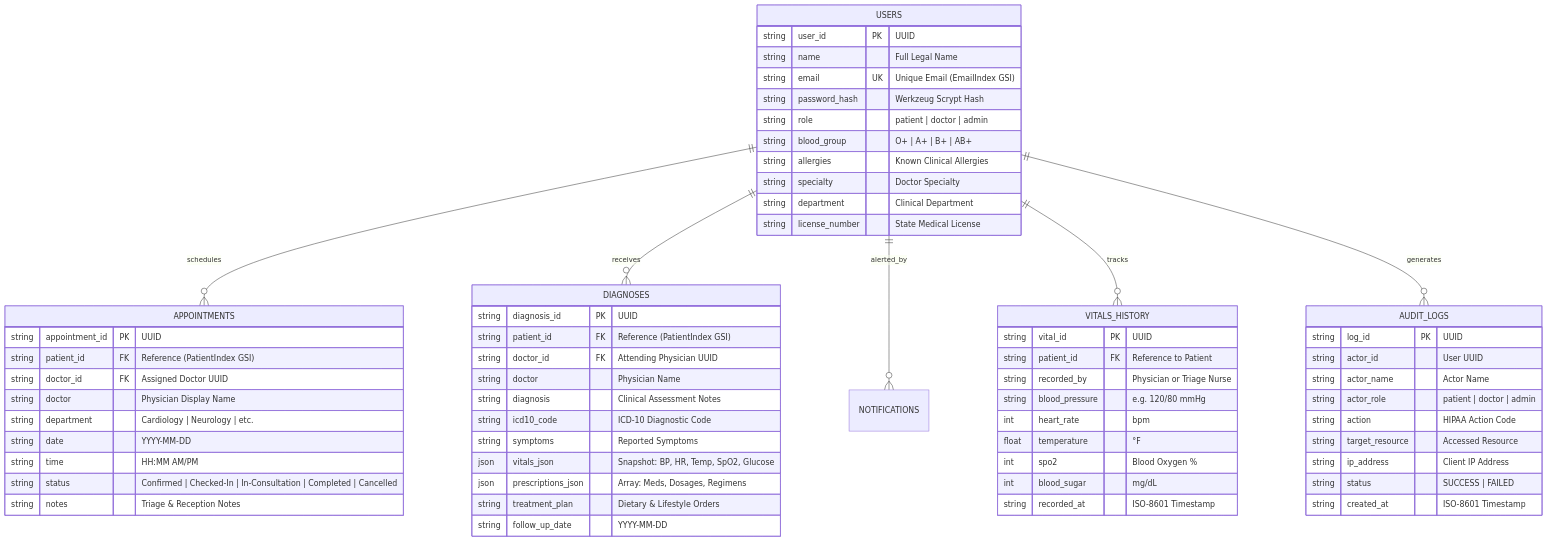
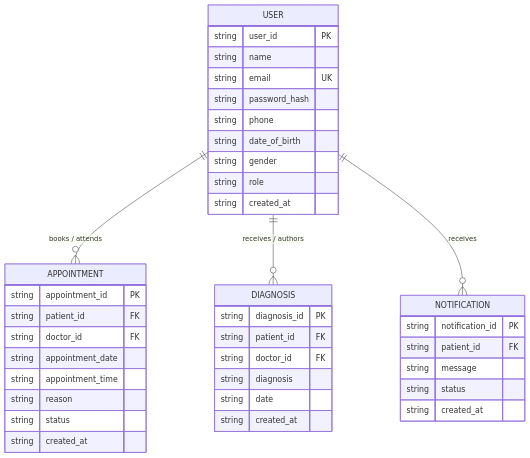
The diagram in README.md (JohnsenAbraham/MedTrack), drawn with Mermaid before and after one commit. The commit also changed other lines of this file and 35 other files, not shown here.

````diff
--- a/README.md
+++ b/README.md
@@ -133,71 +128,46 @@
 ```mermaid
 erDiagram
-    USERS ||--o{ APPOINTMENTS : schedules
-    USERS ||--o{ DIAGNOSES : receives
-    USERS ||--o{ NOTIFICATIONS : alerted_by
-    USERS ||--o{ VITALS_HISTORY : tracks
-    USERS ||--o{ AUDIT_LOGS : generates
+    USER ||--o{ APPOINTMENT : "books / attends"
+    USER ||--o{ DIAGNOSIS : "receives / authors"
+    USER ||--o{ NOTIFICATION : "receives"
 
-    USERS {
-        string user_id PK "UUID"
-        string name "Full Legal Name"
-        string email UK "Unique Email (EmailIndex GSI)"
-        string password_hash "Werkzeug Scrypt Hash"
-        string role "patient | doctor | admin"
-        string blood_group "O+ | A+ | B+ | AB+"
-        string allergies "Known Clinical Allergies"
-        string specialty "Doctor Specialty"
-        string department "Clinical Department"
-        string license_number "State Medical License"
+    USER {
+        string user_id PK
+        string name
+        string email UK
+        string password_hash
+        string phone
+        string date_of_birth
+        string gender
+        string role
+        string created_at
     }
 
-    APPOINTMENTS {
-        string appointment_id PK "UUID"
-        string patient_id FK "Reference (PatientIndex GSI)"
-        string doctor_id FK "Assigned Doctor UUID"
-        string doctor "Physician Display Name"
-        string department "Cardiology | Neurology | etc."
-        string date "YYYY-MM-DD"
-        string time "HH:MM AM/PM"
-        string status "Confirmed | Checked-In | In-Consultation | Completed | Cancelled"
-        string notes "Triage & Reception Notes"
+    APPOINTMENT {
+        string appointment_id PK
+        string patient_id FK
+        string doctor_id FK
+        string appointment_date
+        string appointment_time
+        string reason
+        string status
+        string created_at
     }
 
-    DIAGNOSES {
-        string diagnosis_id PK "UUID"
-        string patient_id FK "Reference (PatientIndex GSI)"
-        string doctor_id FK "Attending Physician UUID"
-        string doctor "Physician Name"
-        string diagnosis "Clinical Assessment Notes"
-        string icd10_code "ICD-10 Diagnostic Code"
-        string symptoms "Reported Symptoms"
-        json vitals_json "Snapshot: BP, HR, Temp, SpO2, Glucose"
-        json prescriptions_json "Array: Meds, Dosages, Regimens"
-        string treatment_plan "Dietary & Lifestyle Orders"
-        string follow_up_date "YYYY-MM-DD"
+    DIAGNOSIS {
+        string diagnosis_id PK
+        string patient_id FK
+        string doctor_id FK
+        string diagnosis
+        string date
+        string created_at
     }
 
-    VITALS_HISTORY {
-        string vital_id PK "UUID"
-        string patient_id FK "Reference to Patient"
-        string recorded_by "Physician or Triage Nurse"
-        string blood_pressure "e.g. 120/80 mmHg"
-        int heart_rate "bpm"
-        float temperature "°F"
-        int spo2 "Blood Oxygen %"
-        int blood_sugar "mg/dL"
-        string recorded_at "ISO-8601 Timestamp"
-    }
-
-    AUDIT_LOGS {
-        string log_id PK "UUID"
-        string actor_id "User UUID"
-        string actor_name "Actor Name"
-        string actor_role "patient | doctor | admin"
-        string action "HIPAA Action Code"
-        string target_resource "Accessed Resource"
-        string ip_address "Client IP Address"
-        string status "SUCCESS | FAILED"
-        string created_at "ISO-8601 Timestamp"
+    NOTIFICATION {
+        string notification_id PK
+        string patient_id FK
+        string message
+        string status
+        string created_at
     }
 ```
````
